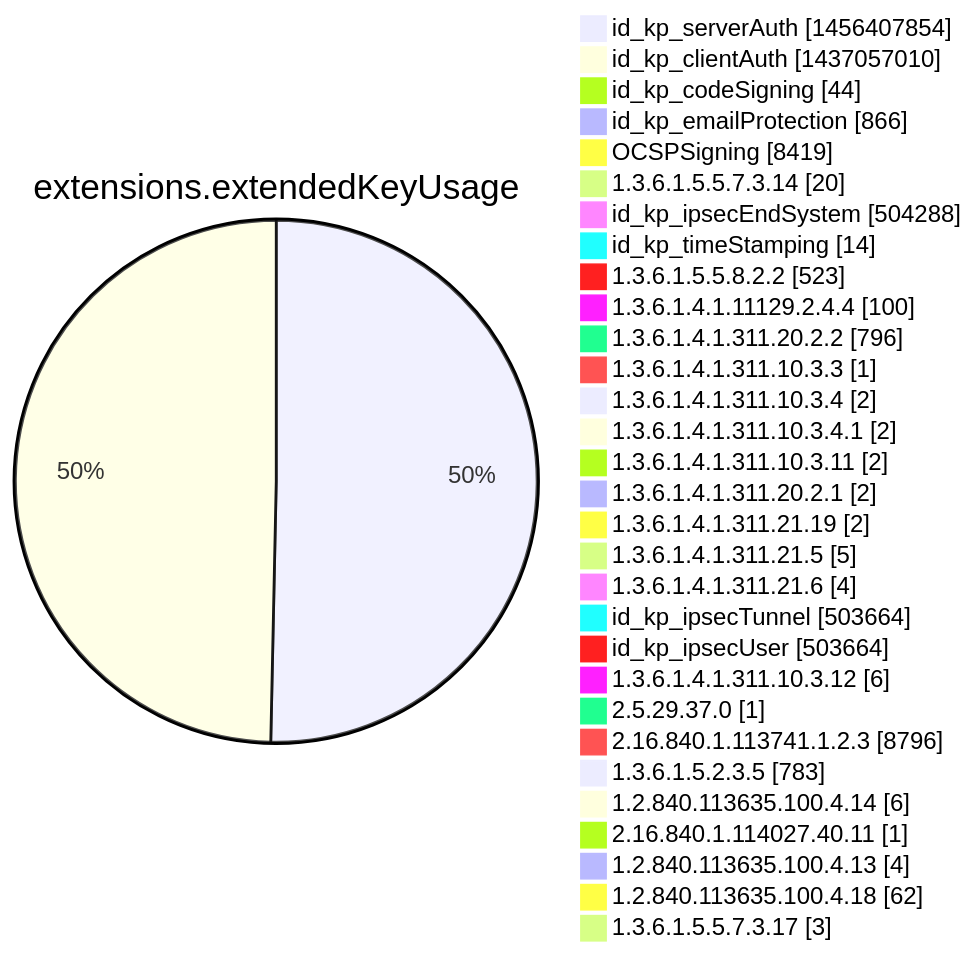
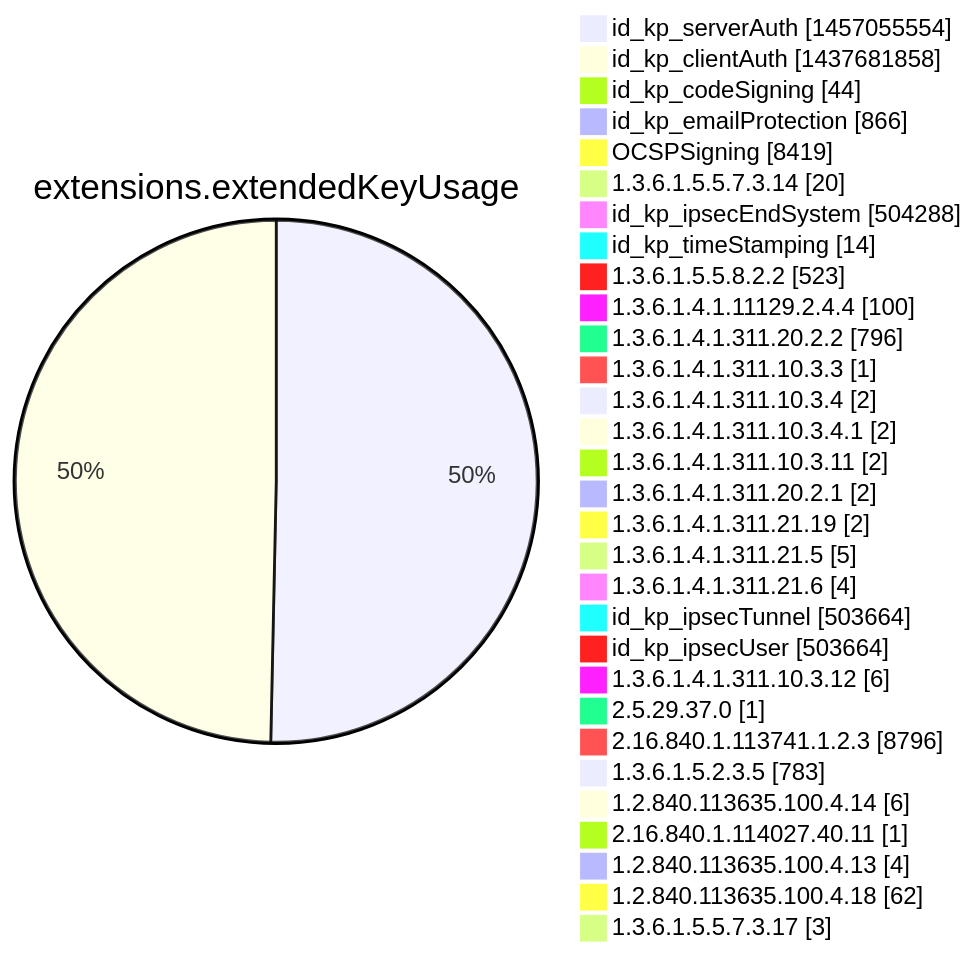
One commit to christiankrug/ctmonitor_visualization changed diagram 12 of 15 in argon2022/README.md. Above: the diagram before and after it, drawn with Mermaid. The commit also changed other lines of this file, not shown here.

````diff
--- a/argon2022/README.md
+++ b/argon2022/README.md
@@ -3555,34 +3555,34 @@
 ```mermaid
 pie showData
 title extensions.extendedKeyUsage
-"id_kp_serverAuth" :1456407854
-"id_kp_clientAuth" :1437057010
+"id_kp_serverAuth" :1457055554
+"id_kp_clientAuth" :1437681858
 "id_kp_codeSigning" :44
 "id_kp_emailProtection" :866
 "OCSPSigning" :8419
 "1.3.6.1.5.5.7.3.14" :20
 "id_kp_ipsecEndSystem" :504288
 "id_kp_timeStamping" :14
 "1.3.6.1.5.5.8.2.2" :523
 "1.3.6.1.4.1.11129.2.4.4" :100
 "1.3.6.1.4.1.311.20.2.2" :796
 "1.3.6.1.4.1.311.10.3.3" :1
 "1.3.6.1.4.1.311.10.3.4" :2
 "1.3.6.1.4.1.311.10.3.4.1" :2
 "1.3.6.1.4.1.311.10.3.11" :2
 "1.3.6.1.4.1.311.20.2.1" :2
 "1.3.6.1.4.1.311.21.19" :2
 "1.3.6.1.4.1.311.21.5" :5
 "1.3.6.1.4.1.311.21.6" :4
 "id_kp_ipsecTunnel" :503664
 "id_kp_ipsecUser" :503664
 "1.3.6.1.4.1.311.10.3.12" :6
 "2.5.29.37.0" :1
 "2.16.840.1.113741.1.2.3" :8796
 "1.3.6.1.5.2.3.5" :783
 "1.2.840.113635.100.4.14" :6
 "2.16.840.1.114027.40.11" :1
 "1.2.840.113635.100.4.13" :4
 "1.2.840.113635.100.4.18" :62
 "1.3.6.1.5.5.7.3.17" :3
 ```
````
